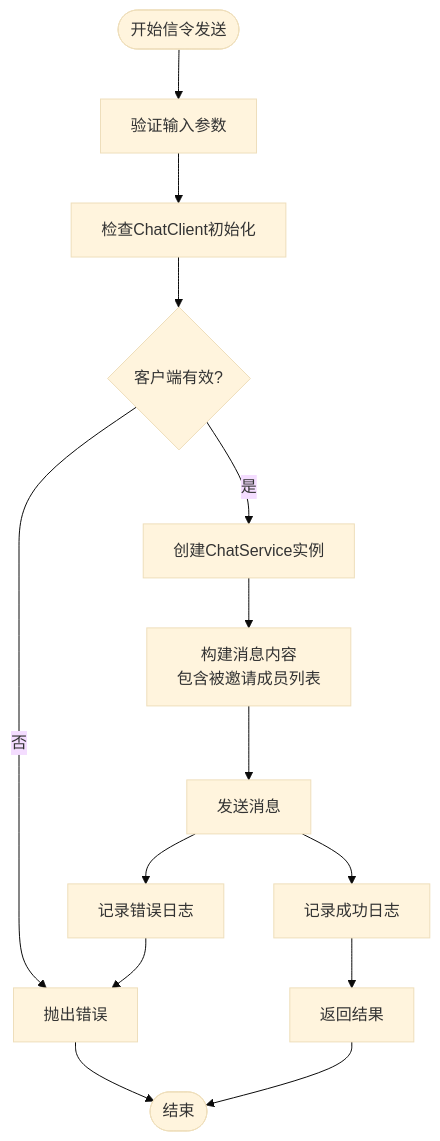
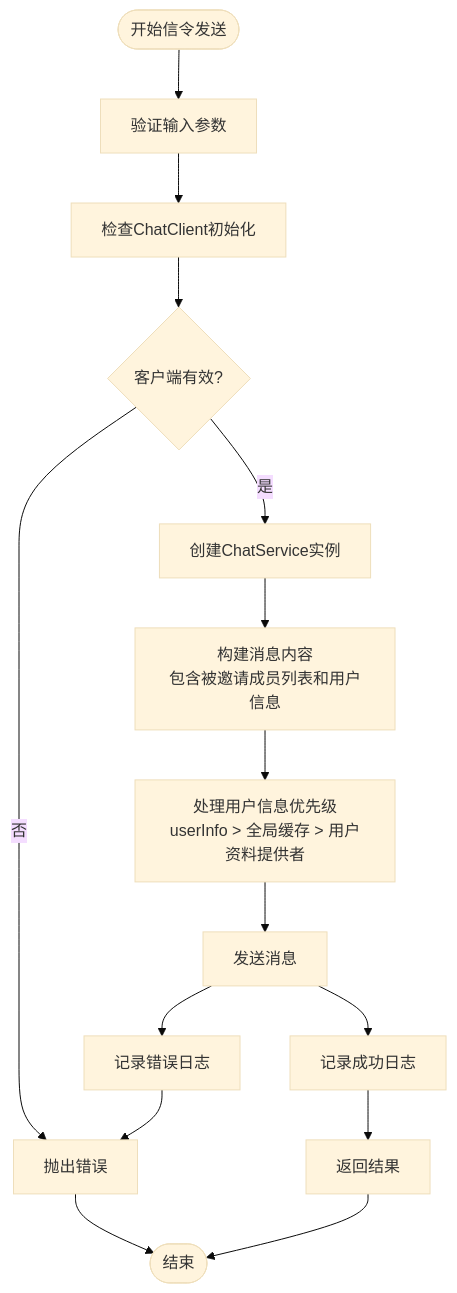
The fifth of 6 diagrams in .qoder/repowiki/zh/content/高级功能/信令实现机制/信令管理 API.md (Easemob-Community/easemob-uikit-callkit-vue3), drawn with Mermaid (base theme) before and after one commit. The commit also changed other lines of this file and 6 other files, not shown here.

````diff
--- a/.qoder/repowiki/zh/content/高级功能/信令实现机制/信令管理 API.md
+++ b/.qoder/repowiki/zh/content/高级功能/信令实现机制/信令管理 API.md
@@ -257,16 +223,17 @@
 ```mermaid
 flowchart TD
 Start([开始信令发送]) --> ValidateInput["验证输入参数"]
 ValidateInput --> CheckClient["检查ChatClient初始化"]
 CheckClient --> ClientValid{"客户端有效?"}
 ClientValid --> |否| ThrowError["抛出错误"]
 ClientValid --> |是| CreateService["创建ChatService实例"]
-CreateService --> BuildMessage["构建消息内容<br/>包含被邀请成员列表"]
-BuildMessage --> SendMsg["发送消息"]
+CreateService --> BuildMessage["构建消息内容<br/>包含被邀请成员列表和用户信息"]
+BuildMessage --> ProcessUserInfo["处理用户信息优先级<br/>userInfo > 全局缓存 > 用户资料提供者"]
+ProcessUserInfo --> SendMsg["发送消息"]
 SendMsg --> LogSuccess["记录成功日志"]
 SendMsg --> LogError["记录错误日志"]
 LogSuccess --> ReturnResult["返回结果"]
 LogError --> ThrowError
 ThrowError --> End([结束])
 ReturnResult --> End
 ```
````
